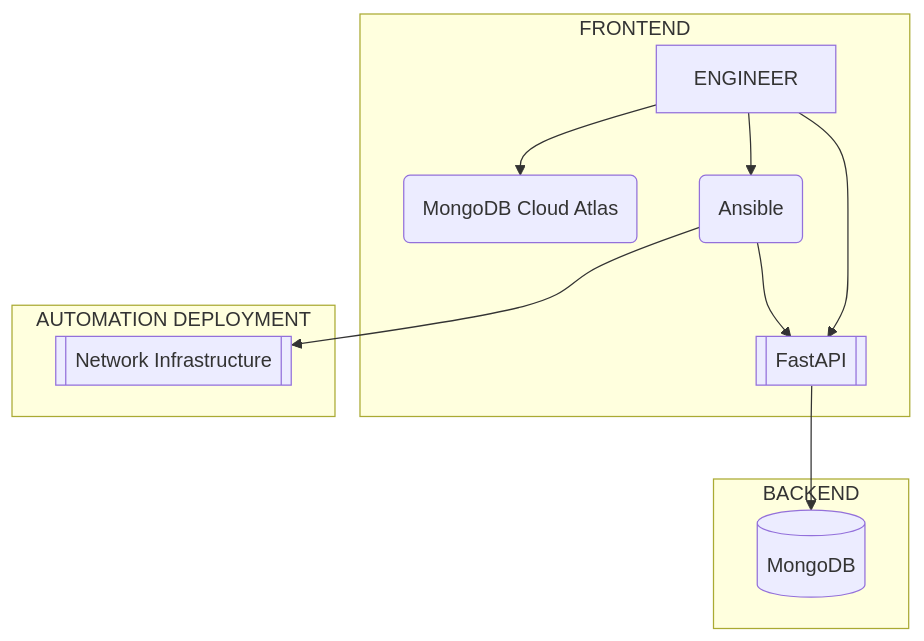
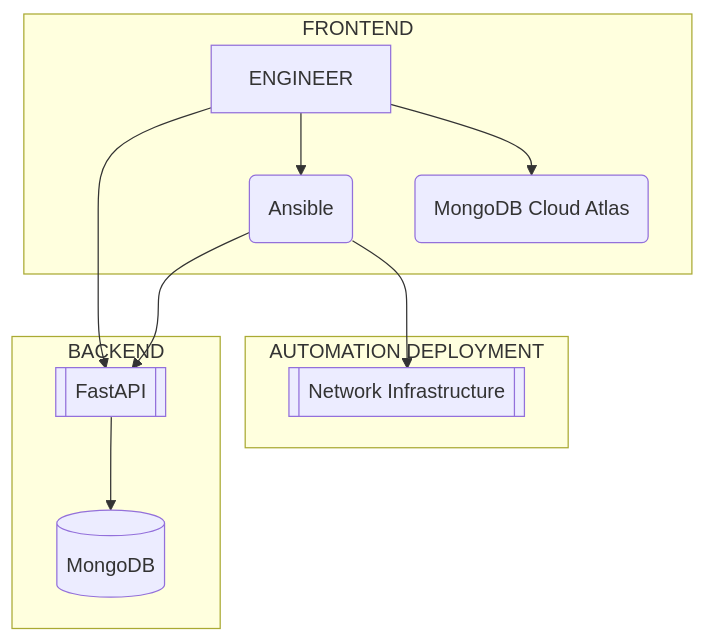
One commit to jnaranjom/iac_network_deployment changed the diagram in diagrams/automation_framework.md. Above: the diagram before and after it, drawn with Mermaid. The commit also changed other lines of this file, not shown here.

````diff
--- a/diagrams/automation_framework.md
+++ b/diagrams/automation_framework.md
@@ -1,21 +1,21 @@
 ```mermaid
 flowchart TB
     A[(MongoDB)]
     B[[FastAPI]]
     C(MongoDB Cloud Atlas)
     D(Ansible)
     E[[Network Infrastructure]]
     F[ENGINEER]
+    subgraph BACKEND
+        B --> A
+    end
     subgraph FRONTEND
         F --> B
         F --> D
         F --> C
-    end
-    subgraph BACKEND
-        B --> A
     end
     subgraph AUTOMATION DEPLOYMENT
         D --> B
         D --> E
     end
 ```
````
